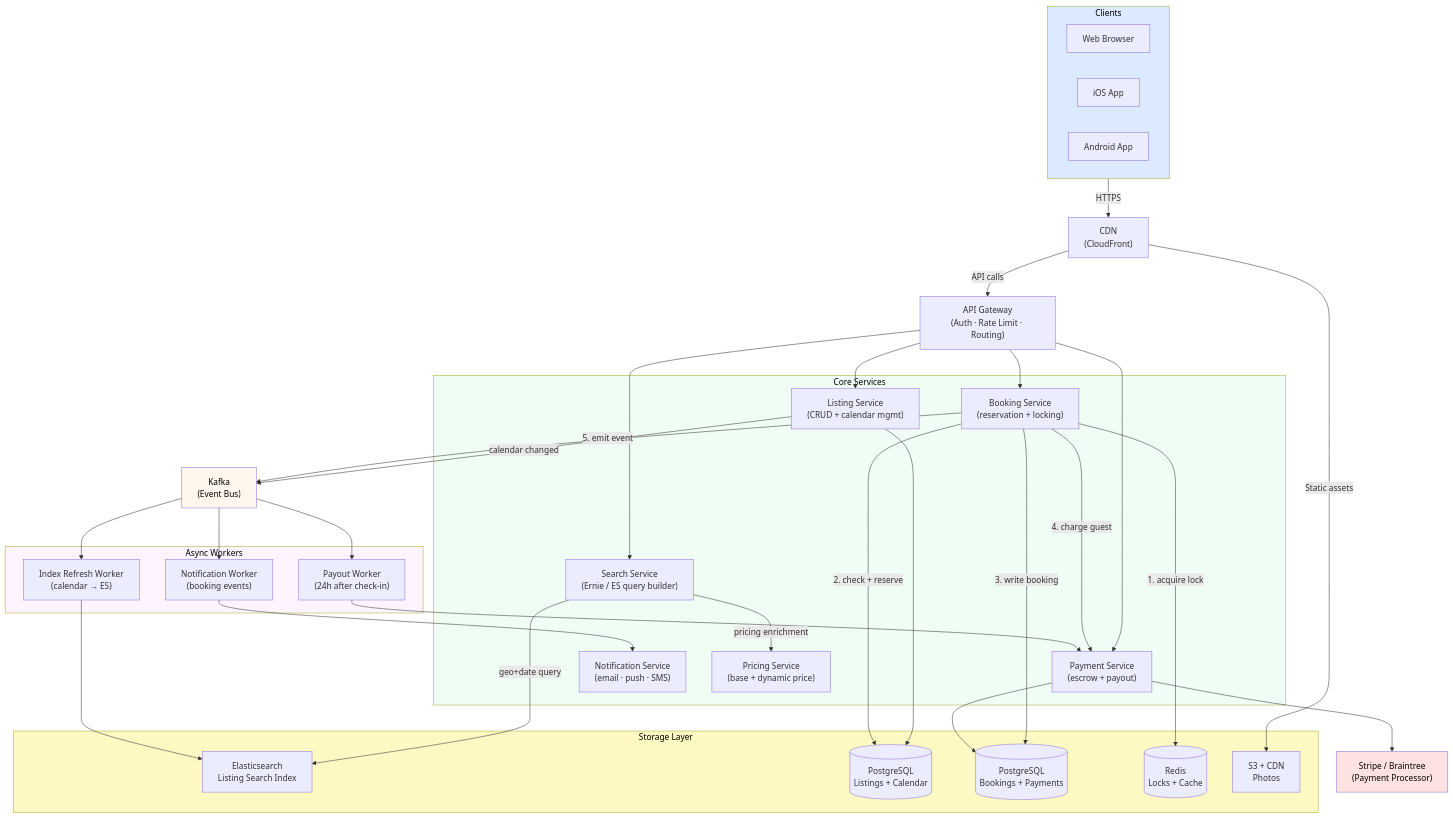
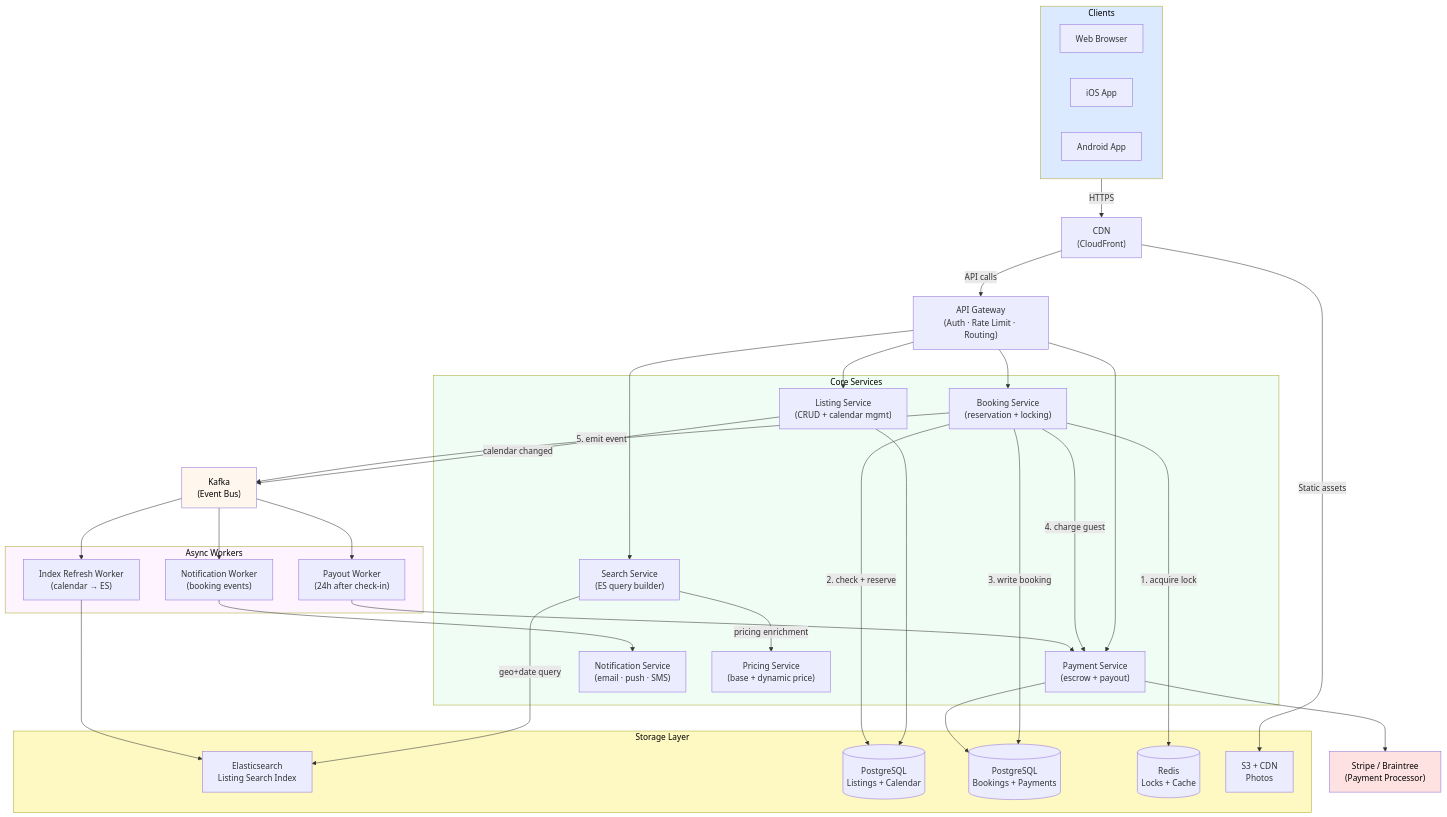
The second of 3 diagrams in Bonus-Real-World-Architectures/13-Airbnb-Booking/README.md (Ankan1998/learn-system-design), drawn with Mermaid before and after one commit. The commit also changed other lines of this file and 139 other files, not shown here.

````diff
--- a/Bonus-Real-World-Architectures/13-Airbnb-Booking/README.md
+++ b/Bonus-Real-World-Architectures/13-Airbnb-Booking/README.md
@@ -266,78 +268,78 @@
 ```mermaid
 flowchart TD
     subgraph Clients["Clients"]
         direction LR
         Web["Web Browser"]
         iOS["iOS App"]
         Android["Android App"]
     end
 
     CDN["CDN<br/>(CloudFront)"]
     APIGW["API Gateway<br/>(Auth · Rate Limit · Routing)"]
 
     subgraph CoreServices["Core Services"]
-        SearchSvc["Search Service<br/>(Ernie / ES query builder)"]
+        SearchSvc["Search Service<br/>(ES query builder)"]
         ListingSvc["Listing Service<br/>(CRUD + calendar mgmt)"]
         BookingSvc["Booking Service<br/>(reservation + locking)"]
         PaymentSvc["Payment Service<br/>(escrow + payout)"]
         NotifSvc["Notification Service<br/>(email · push · SMS)"]
         PricingSvc["Pricing Service<br/>(base + dynamic price)"]
     end
 
     subgraph Storage["Storage Layer"]
         ES["Elasticsearch<br/>Listing Search Index"]
         PGListings[("PostgreSQL<br/>Listings + Calendar")]
         PGBookings[("PostgreSQL<br/>Bookings + Payments")]
         Redis[("Redis<br/>Locks + Cache")]
         S3["S3 + CDN<br/>Photos"]
     end
 
     Kafka["Kafka<br/>(Event Bus)"]
 
     subgraph Workers["Async Workers"]
         IndexWorker["Index Refresh Worker<br/>(calendar → ES)"]
         PayoutWorker["Payout Worker<br/>(24h after check-in)"]
         NotifWorker["Notification Worker<br/>(booking events)"]
     end
 
     ExternalPay["Stripe / Braintree<br/>(Payment Processor)"]
 
     Clients -->|"HTTPS"| CDN
     CDN -->|"Static assets"| S3
     CDN -->|"API calls"| APIGW
 
     APIGW --> SearchSvc
     APIGW --> ListingSvc
     APIGW --> BookingSvc
     APIGW --> PaymentSvc
 
     SearchSvc -->|"geo+date query"| ES
     SearchSvc -->|"pricing enrichment"| PricingSvc
 
     ListingSvc --> PGListings
     ListingSvc -->|"calendar changed"| Kafka
 
     BookingSvc -->|"1. acquire lock"| Redis
     BookingSvc -->|"2. check + reserve"| PGListings
     BookingSvc -->|"3. write booking"| PGBookings
     BookingSvc -->|"4. charge guest"| PaymentSvc
     BookingSvc -->|"5. emit event"| Kafka
 
     PaymentSvc --> ExternalPay
     PaymentSvc --> PGBookings
 
     Kafka --> IndexWorker
     Kafka --> PayoutWorker
     Kafka --> NotifWorker
 
     IndexWorker --> ES
     PayoutWorker --> PaymentSvc
     NotifWorker --> NotifSvc
 
     style Clients fill:#dbeafe,color:#000
     style CoreServices fill:#f0fdf4,color:#000
     style Storage fill:#fef9c3,color:#000
     style Workers fill:#fdf4ff,color:#000
     style Kafka fill:#fff7ed,color:#000
     style ExternalPay fill:#fee2e2,color:#000
 ```
````
